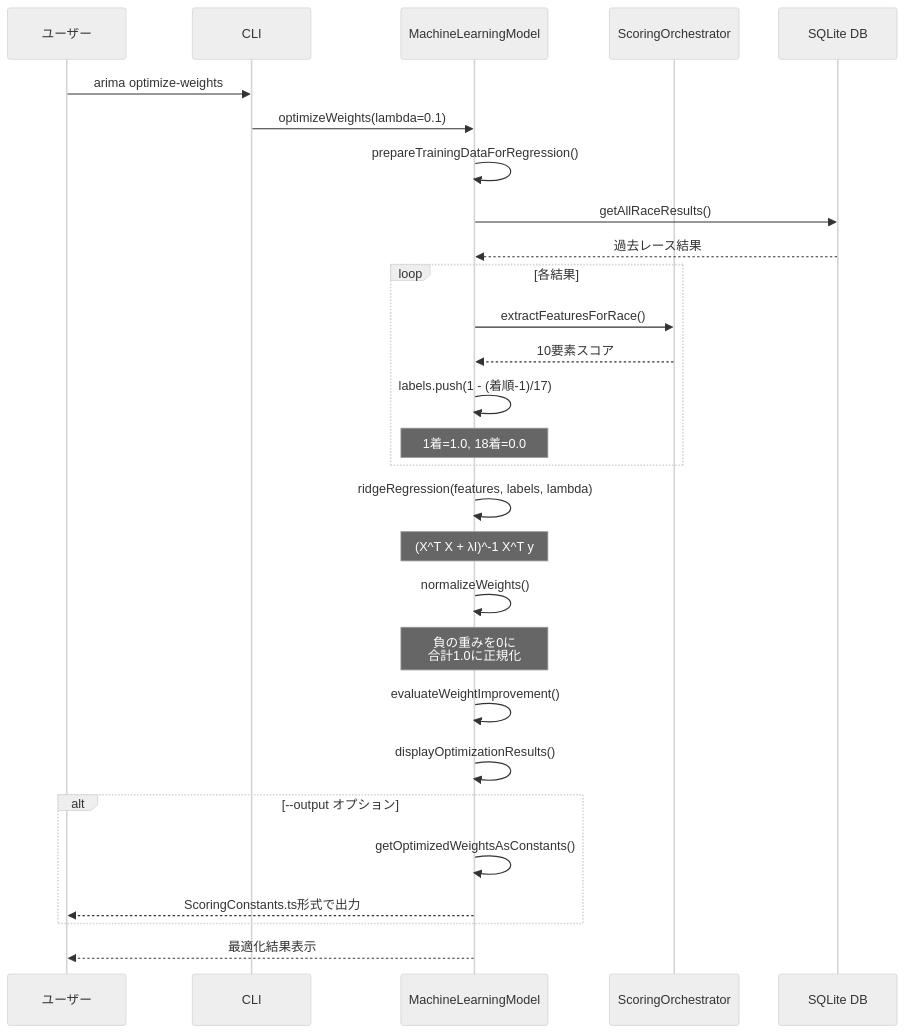
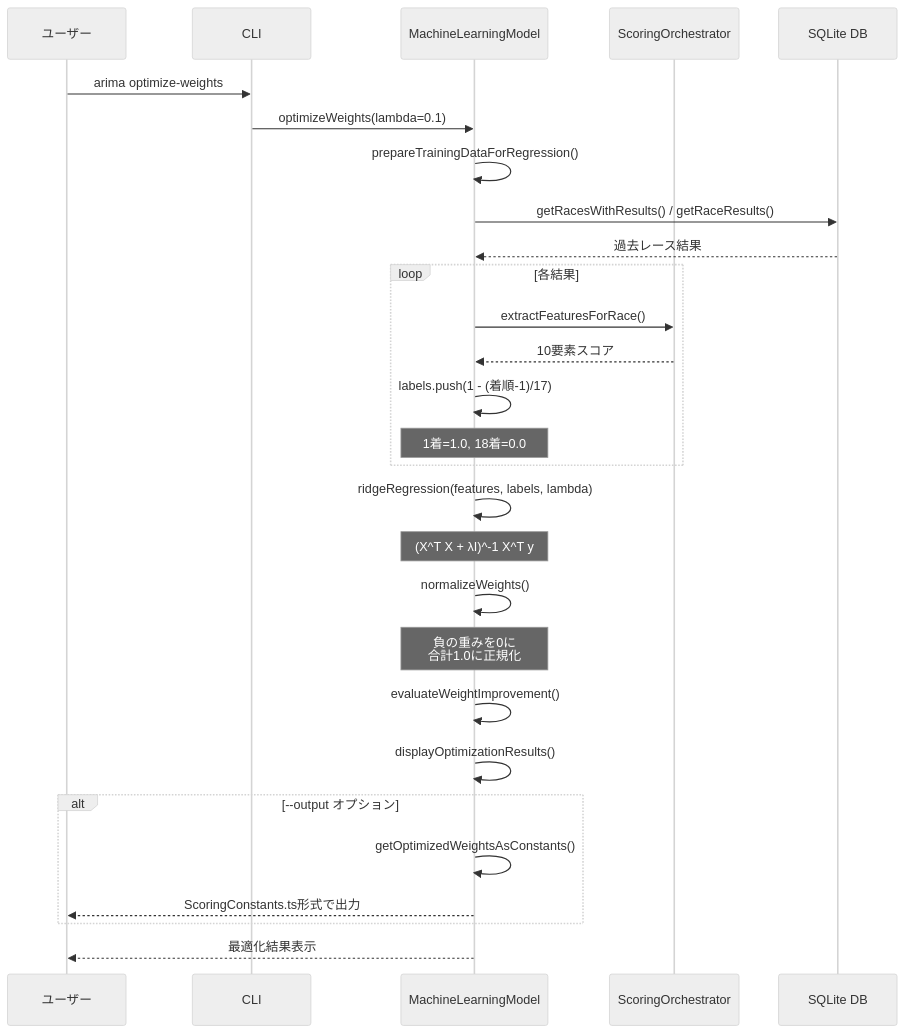
One commit to sogengineer/arima-analy changed the ninth of 9 diagrams in docs/ARCHITECTURE.md. Above: the diagram before and after it, drawn with Mermaid (neutral theme). The commit also changed other lines of this file and 3 other files, not shown here.

````diff
--- a/docs/ARCHITECTURE.md
+++ b/docs/ARCHITECTURE.md
@@ -335,37 +335,37 @@
 ```mermaid
 sequenceDiagram
     participant User as ユーザー
     participant CLI as CLI
     participant ML as MachineLearningModel
     participant Orch as ScoringOrchestrator
     participant DB as SQLite DB
 
     User->>CLI: arima optimize-weights
     CLI->>ML: optimizeWeights(lambda=0.1)
 
     ML->>ML: prepareTrainingDataForRegression()
-    ML->>DB: getAllRaceResults()
+    ML->>DB: getRacesWithResults() / getRaceResults()
     DB-->>ML: 過去レース結果
 
     loop 各結果
         ML->>Orch: extractFeaturesForRace()
         Orch-->>ML: 10要素スコア
         ML->>ML: labels.push(1 - (着順-1)/17)
         Note over ML: 1着=1.0, 18着=0.0
     end
 
     ML->>ML: ridgeRegression(features, labels, lambda)
     Note over ML: (X^T X + λI)^-1 X^T y
     ML->>ML: normalizeWeights()
     Note over ML: 負の重みを0に<br/>合計1.0に正規化
 
     ML->>ML: evaluateWeightImprovement()
     ML->>ML: displayOptimizationResults()
 
     alt --output オプション
         ML->>ML: getOptimizedWeightsAsConstants()
         ML-->>User: ScoringConstants.ts形式で出力
     end
 
     ML-->>User: 最適化結果表示
 ```
````
